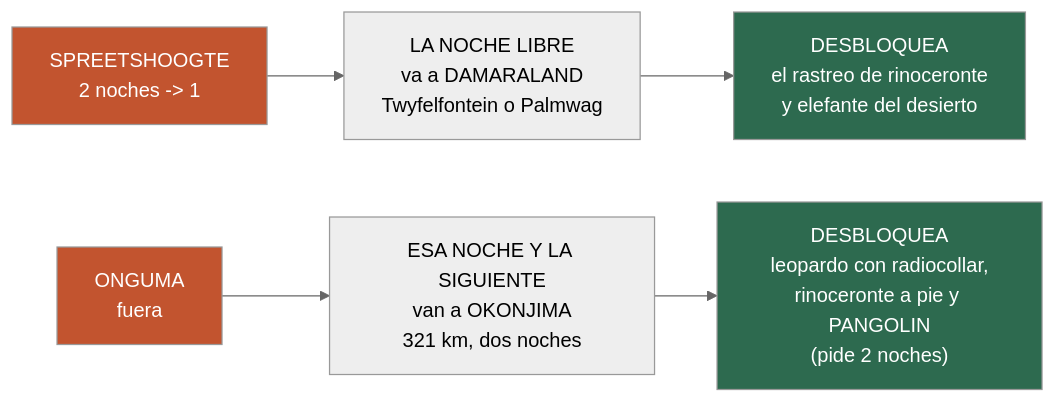
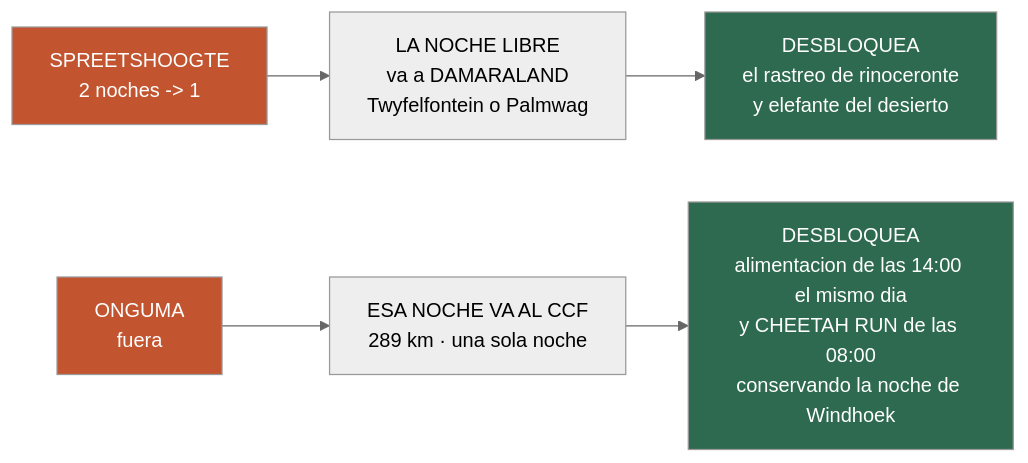
One commit to morandeirachema/namibia changed the diagram in 24-ruta-alternativa.md. Above: the diagram before and after it, drawn with Mermaid (neutral theme). The commit also changed other lines of this file and 1 other file, not shown here.

First line of the commit message:
El CCF entra en el 24 como plan, y con una noche basta

````diff
--- a/24-ruta-alternativa.md
+++ b/24-ruta-alternativa.md
@@ -65,12 +67,12 @@
 ```mermaid
 flowchart LR
 %% ancho
     A["SPREETSHOOGTE<br/>2 noches -> 1"] --> B["LA NOCHE LIBRE<br/>va a DAMARALAND<br/>Twyfelfontein o Palmwag"]
     B --> C["DESBLOQUEA<br/>el rastreo de rinoceronte<br/>y elefante del desierto"]
-    D["ONGUMA<br/>fuera"] --> E["ESA NOCHE Y LA SIGUIENTE<br/>van a OKONJIMA<br/>321 km, dos noches"]
-    E --> F["DESBLOQUEA<br/>leopardo con radiocollar,<br/>rinoceronte a pie y PANGOLIN<br/>(pide 2 noches)"]
+    D["ONGUMA<br/>fuera"] --> E["ESA NOCHE VA AL CCF<br/>289 km · una sola noche"]
+    E --> F["DESBLOQUEA<br/>alimentacion de las 14:00 el mismo dia<br/>y CHEETAH RUN de las 08:00<br/>conservando la noche de Windhoek"]
     style A fill:#C2542F,color:#fff
     style D fill:#C2542F,color:#fff
     style C fill:#2d6a4f,color:#fff
     style F fill:#2d6a4f,color:#fff
 ```
````
